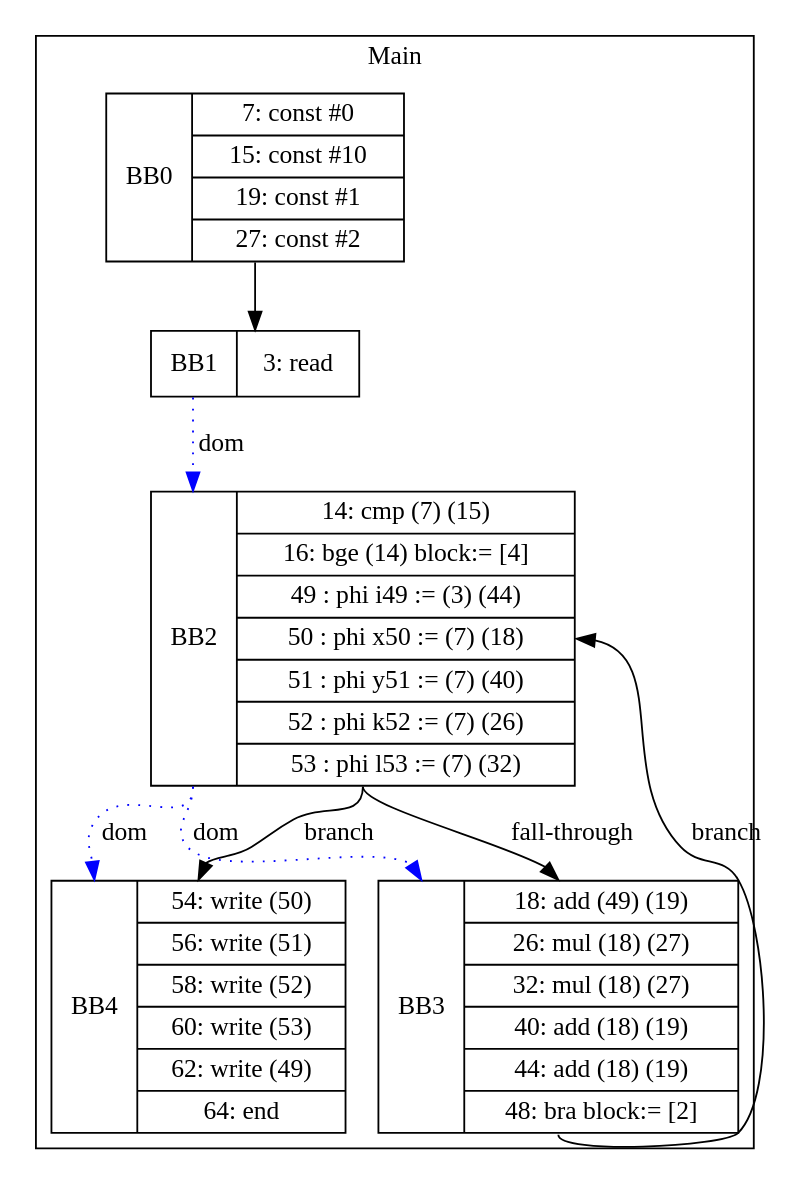
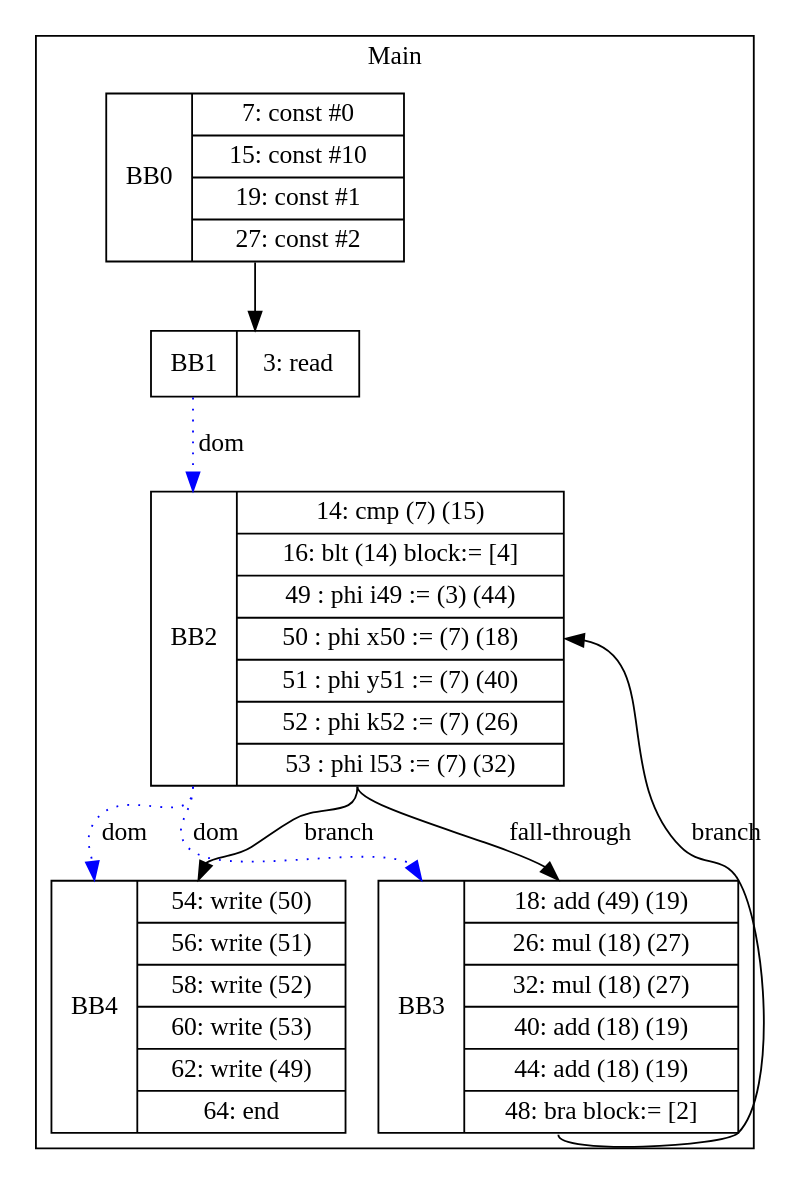
Before and after one commit to zjc664656505/UCI-CS241-Advanced-Compiler-main: the diagram in visualization/Kyungmin/While_Single_2.gv, drawn with Graphviz. The commit also changed 46 other files, not shown here.

```diff
--- a/visualization/Kyungmin/While_Single_2.gv
+++ b/visualization/Kyungmin/While_Single_2.gv
@@ -1,18 +1,18 @@
 digraph G {
 node [shape=record];
 subgraph cluster_main{
 label = "Main";
 BB0 [shape=record, label="<b>BB0|{7: const #0|15: const #10|19: const #1|27: const #2}"];
 BB1 [shape=record, label="<b>BB1|{3: read}"];
-BB2 [shape=record, label="<b>BB2|{14: cmp (7) (15)|16: bge (14) block:= [4]|49 : phi i49 := (3) (44)|50 : phi x50 := (7) (18)|51 : phi y51 := (7) (40)|52 : phi k52 := (7) (26)|53 : phi l53 := (7) (32)}"];
+BB2 [shape=record, label="<b>BB2|{14: cmp (7) (15)|16: blt (14) block:= [4]|49 : phi i49 := (3) (44)|50 : phi x50 := (7) (18)|51 : phi y51 := (7) (40)|52 : phi k52 := (7) (26)|53 : phi l53 := (7) (32)}"];
 BB3 [shape=record, label="<b>BB3|{18: add (49) (19)|26: mul (18) (27)|32: mul (18) (27)|40: add (18) (19)|44: add (18) (19)|48: bra block:= [2]}"];
 BB4 [shape=record, label="<b>BB4|{54: write (50)|56: write (51)|58: write (52)|60: write (53)|62: write (49)|64: end}"];
 }
 BB0:s -> BB1:n ;
 BB2:b -> BB3:b [color=blue, style=dotted, label="dom"];
 BB2:b -> BB4:b [color=blue, style=dotted, label="dom"];
 BB1:b -> BB2:b [color=blue, style=dotted, label="dom"];
 BB2:s -> BB4:n [label="branch"];
 BB3:s -> BB2:e [label="branch"];
 BB2:s -> BB3:n [label="fall-through"];
 }
```
